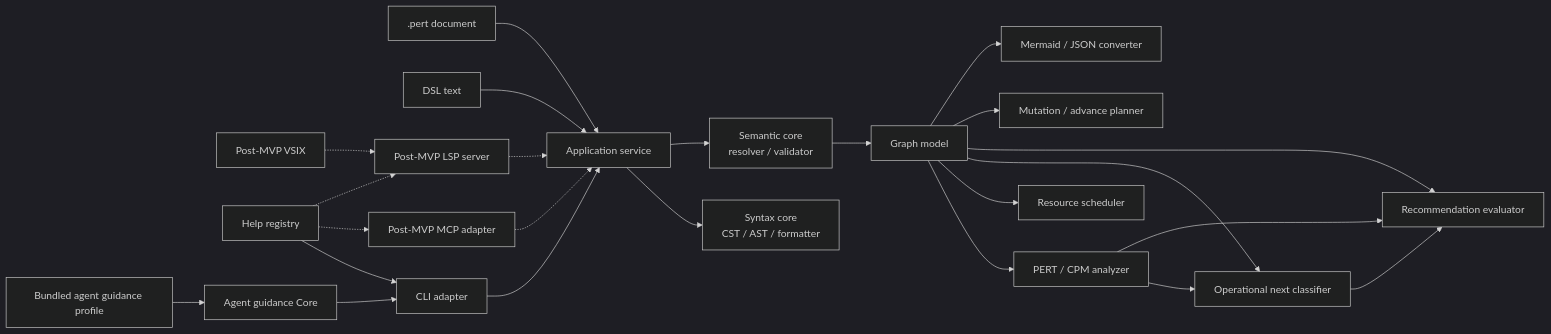
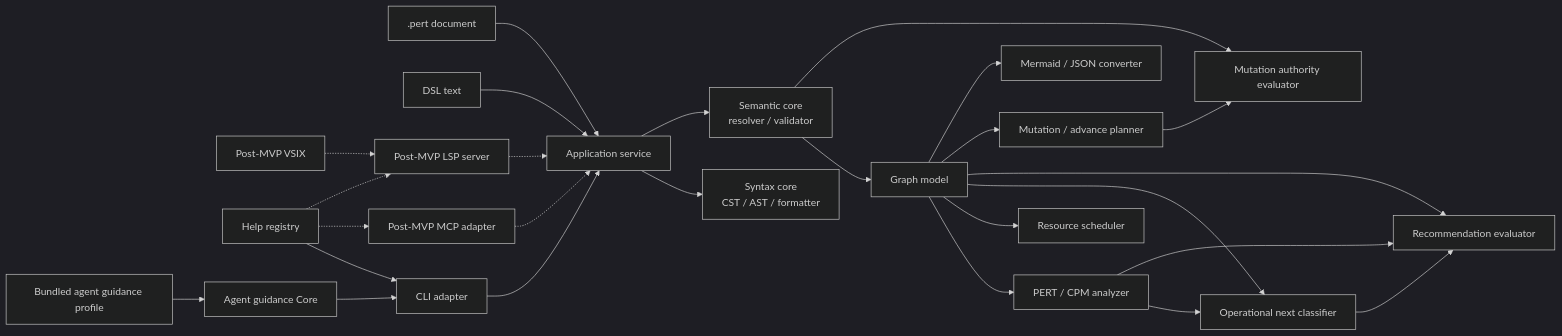
The diagram in docs/basic-design.md (mako10k/perttool), drawn with Mermaid (dark theme) before and after one commit. The commit also changed other lines of this file and 10 other files, not shown here.

Commit message:
Define owner-aware mutation authority semantics

````diff
--- a/docs/basic-design.md
+++ b/docs/basic-design.md
@@ -76,30 +77,32 @@
 ```mermaid
 flowchart LR
   FILE[.pert document] --> APP[Application service]
   TEXT[DSL text] --> APP
 
   APP --> SYNTAX[Syntax core<br/>CST / AST / formatter]
   APP --> SEMANTIC[Semantic core<br/>resolver / validator]
   SEMANTIC --> GRAPH[Graph model]
   GRAPH --> ANALYZER[PERT / CPM analyzer]
   GRAPH --> SCHEDULER[Resource scheduler]
   GRAPH --> NEXT[Operational next classifier]
   ANALYZER --> NEXT
   GRAPH --> RECOMMEND[Recommendation evaluator]
   NEXT --> RECOMMEND
   ANALYZER --> RECOMMEND
   GRAPH --> TRANSFORM[Mutation / advance planner]
+  SEMANTIC --> GOVERNANCE[Mutation authority evaluator]
+  TRANSFORM --> GOVERNANCE
   GRAPH --> CONVERTER[Mermaid / JSON converter]
 
   CLI[CLI adapter] --> APP
   MCP[Post-MVP MCP adapter] -.-> APP
   LSP[Post-MVP LSP server] -.-> APP
   VSIX[Post-MVP VSIX] -.-> LSP
 
   HELP[Help registry] --> CLI
   HELP -.-> MCP
   HELP -.-> LSP
 
   PROFILE[Bundled agent guidance profile] --> GUIDANCE[Agent guidance Core]
   GUIDANCE --> CLI
 ```
````
